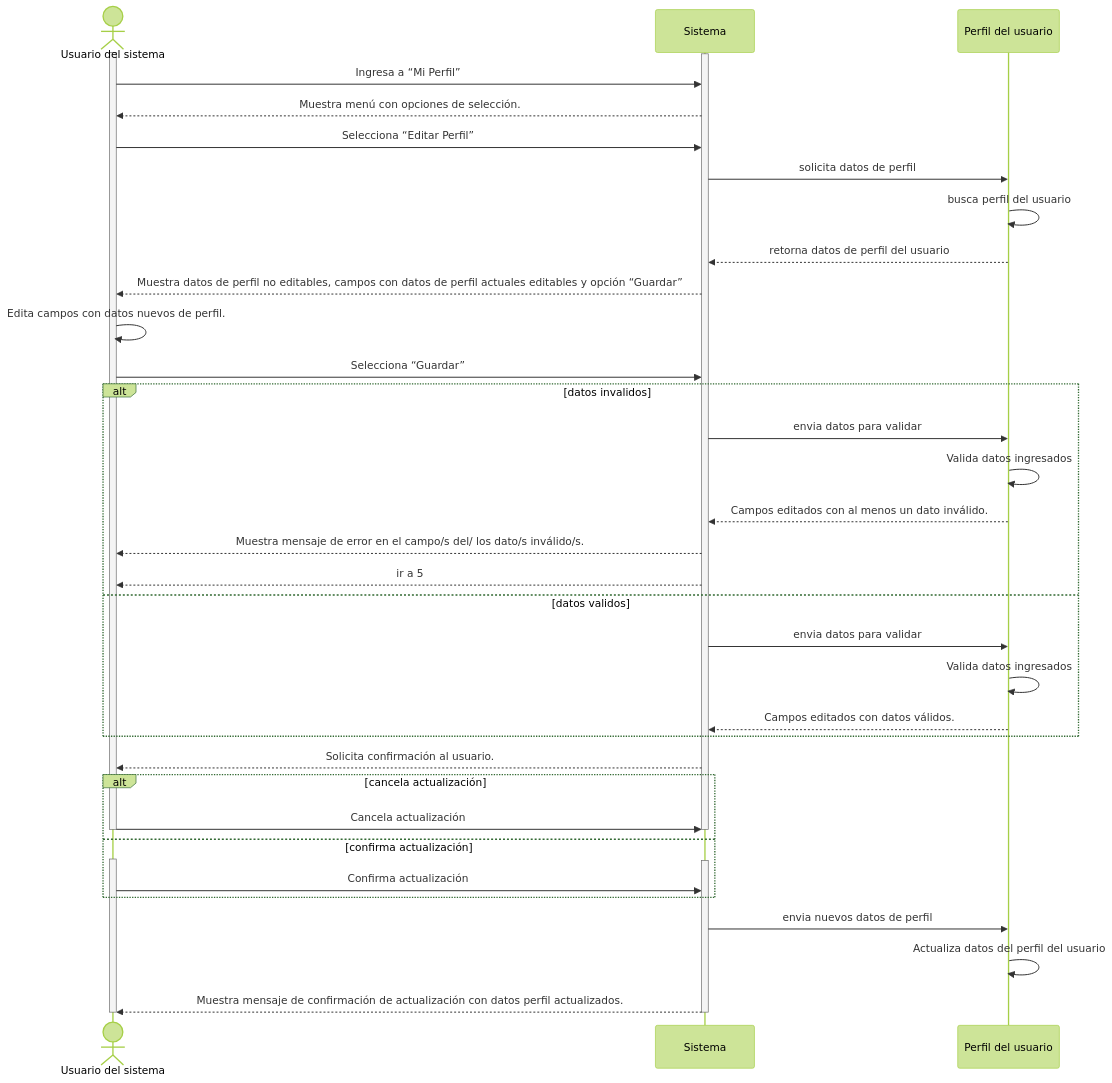
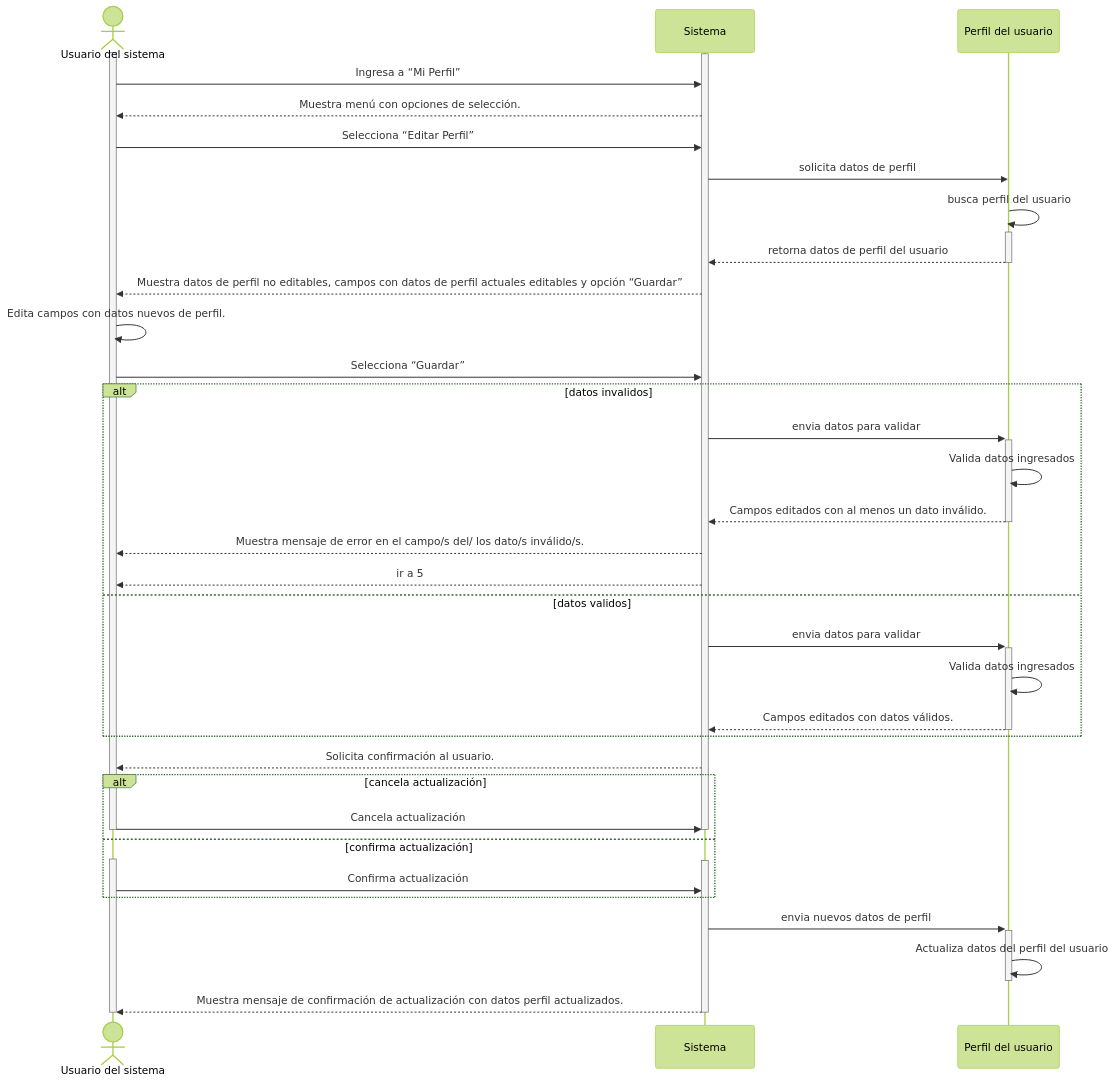
One commit to CodinRes/university_cafeteria_system changed the diagram in docs/caso_uso4.mmd. Above: the diagram before and after it, drawn with Mermaid (forest theme).

Commit message:
lineas de activacion caso de uso 4

```diff
--- a/docs/caso_uso4.mmd
+++ b/docs/caso_uso4.mmd
@@ -1,47 +1,47 @@
 sequenceDiagram
 actor usuario as Usuario del sistema
 participant sistema as Sistema
 participant perfil as Perfil del usuario
 
 activate usuario
 activate sistema
 usuario ->> sistema: Ingresa a “Mi Perfil”
 sistema -->> usuario: Muestra menú con opciones de selección.
 usuario ->> sistema: Selecciona “Editar Perfil”
 sistema ->> perfil: solicita datos de perfil
-perfil ->> perfil: busca perfil del usuario
-perfil -->> sistema: retorna datos de perfil del usuario
+perfil ->>+ perfil: busca perfil del usuario
+perfil -->>- sistema: retorna datos de perfil del usuario
 sistema -->> usuario: Muestra datos de perfil no editables, campos con datos de perfil actuales editables y opción “Guardar”
 usuario ->> usuario: Edita campos con datos nuevos de perfil.
 usuario ->> sistema: Selecciona “Guardar”
 
 alt datos invalidos
-    sistema ->> perfil: envia datos para validar
+    sistema ->>+ perfil: envia datos para validar
     perfil ->> perfil: Valida datos ingresados
-    perfil -->> sistema: Campos editados con al menos un dato inválido. 
+    perfil -->>- sistema: Campos editados con al menos un dato inválido. 
     sistema -->> usuario: Muestra mensaje de error en el campo/s del/ los dato/s inválido/s.
     sistema -->> usuario: ir a 5
 else datos validos
-    sistema ->> perfil: envia datos para validar
+    sistema ->>+ perfil: envia datos para validar
     perfil ->> perfil: Valida datos ingresados
-    perfil -->> sistema: Campos editados con datos válidos.
+    perfil -->>- sistema: Campos editados con datos válidos.
 end
 
 sistema -->> usuario: Solicita confirmación al usuario.
 
 alt cancela actualización
     usuario ->> sistema: Cancela actualización 
     deactivate usuario
     deactivate sistema
 else confirma actualización
     activate usuario
     activate sistema
     usuario ->> sistema: Confirma actualización
 end
 
-sistema ->> perfil: envia nuevos datos de perfil
-perfil ->> perfil: Actualiza datos del perfil del usuario
+sistema ->>+ perfil: envia nuevos datos de perfil
+perfil ->>- perfil: Actualiza datos del perfil del usuario
 sistema -->> usuario: Muestra mensaje de confirmación de actualización con datos perfil actualizados.
 
 deactivate usuario
 deactivate sistema
```
